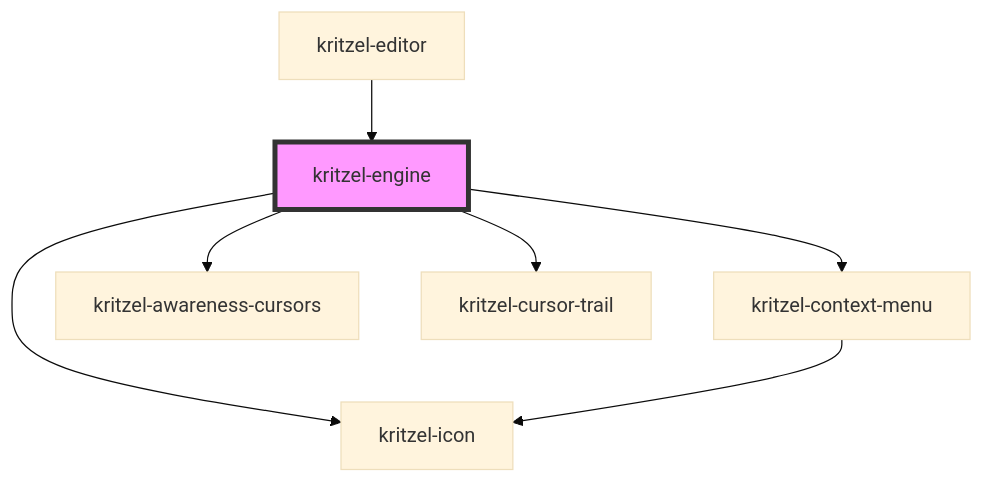
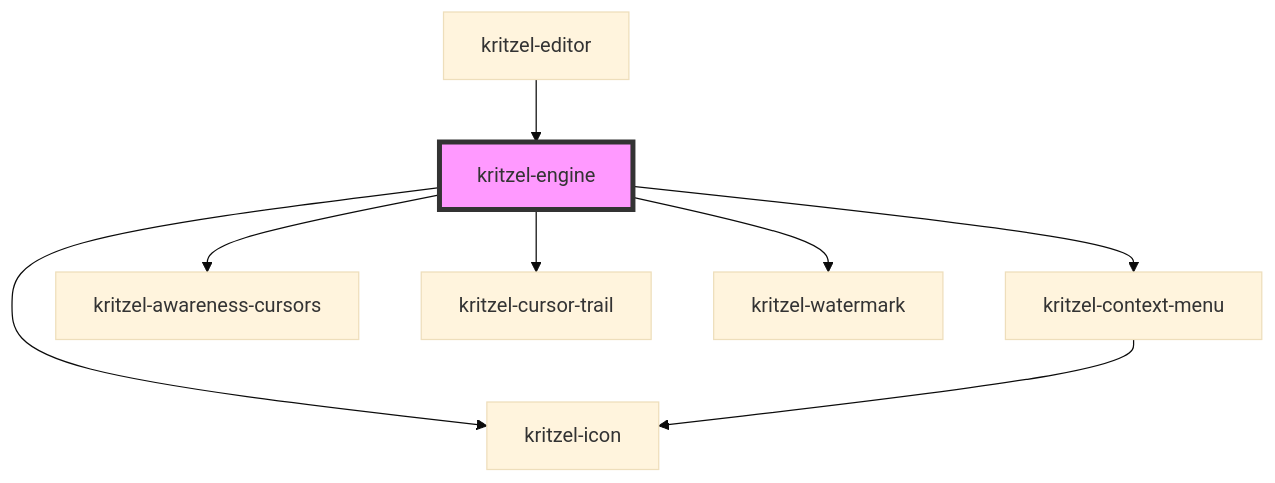
Before and after one commit to kasual1/kritzel: the diagram in libs/kritzel-stencil/src/components/core/kritzel-engine/readme.md, drawn with Mermaid (base theme). The commit also changed other lines of this file and 40 other files, not shown here.

````diff
--- a/libs/kritzel-stencil/src/components/core/kritzel-engine/readme.md
+++ b/libs/kritzel-stencil/src/components/core/kritzel-engine/readme.md
@@ -1195,10 +1197,11 @@
 ```mermaid
 graph TD;
   kritzel-engine --> kritzel-icon
   kritzel-engine --> kritzel-context-menu
   kritzel-engine --> kritzel-awareness-cursors
   kritzel-engine --> kritzel-cursor-trail
+  kritzel-engine --> kritzel-watermark
   kritzel-context-menu --> kritzel-icon
   kritzel-editor --> kritzel-engine
   style kritzel-engine fill:#f9f,stroke:#333,stroke-width:4px
 ```
````
